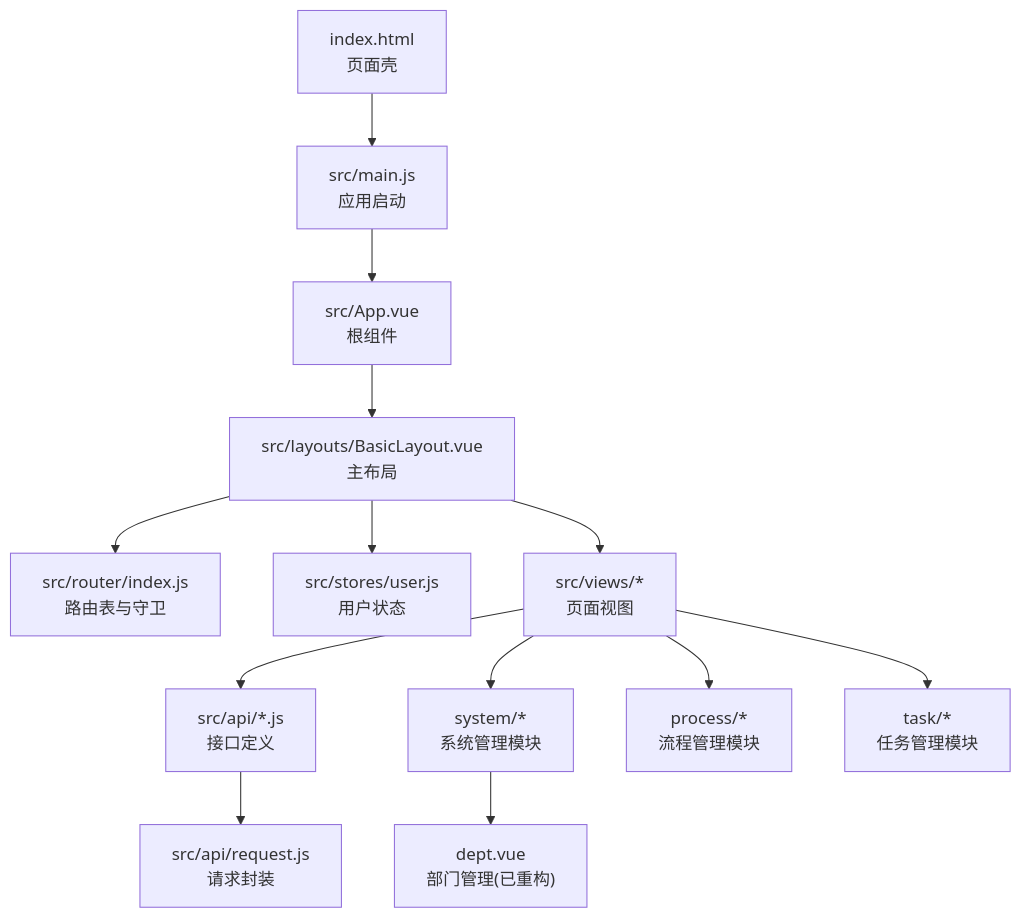
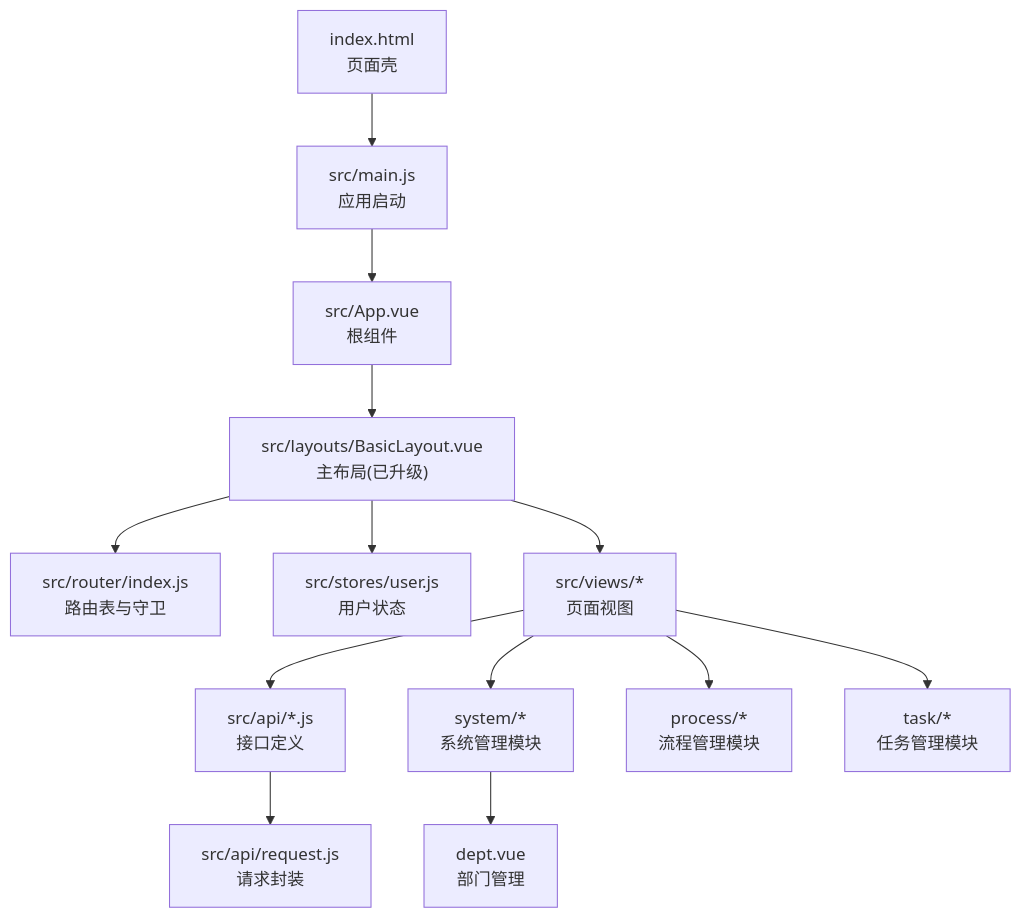
The first of 7 diagrams in .qoder/repowiki/zh/content/用户界面设计/管理后台架构.md (liming-lihaini/workflow), drawn with Mermaid before and after one commit. The commit also changed other lines of this file and 49 other files, not shown here.

````diff
--- a/.qoder/repowiki/zh/content/用户界面设计/管理后台架构.md
+++ b/.qoder/repowiki/zh/content/用户界面设计/管理后台架构.md
@@ -56,15 +58,15 @@
 ```mermaid
 graph TB
 A["index.html<br/>页面壳"] --> B["src/main.js<br/>应用启动"]
 B --> C["src/App.vue<br/>根组件"]
-C --> D["src/layouts/BasicLayout.vue<br/>主布局"]
+C --> D["src/layouts/BasicLayout.vue<br/>主布局(已升级)"]
 D --> E["src/router/index.js<br/>路由表与守卫"]
 D --> F["src/stores/user.js<br/>用户状态"]
 D --> G["src/views/*<br/>页面视图"]
 G --> H["src/api/*.js<br/>接口定义"]
 H --> I["src/api/request.js<br/>请求封装"]
 G --> J["system/*<br/>系统管理模块"]
-J --> K["dept.vue<br/>部门管理(已重构)"]
+J --> K["dept.vue<br/>部门管理"]
 G --> L["process/*<br/>流程管理模块"]
 G --> M["task/*<br/>任务管理模块"]
 ```
````
